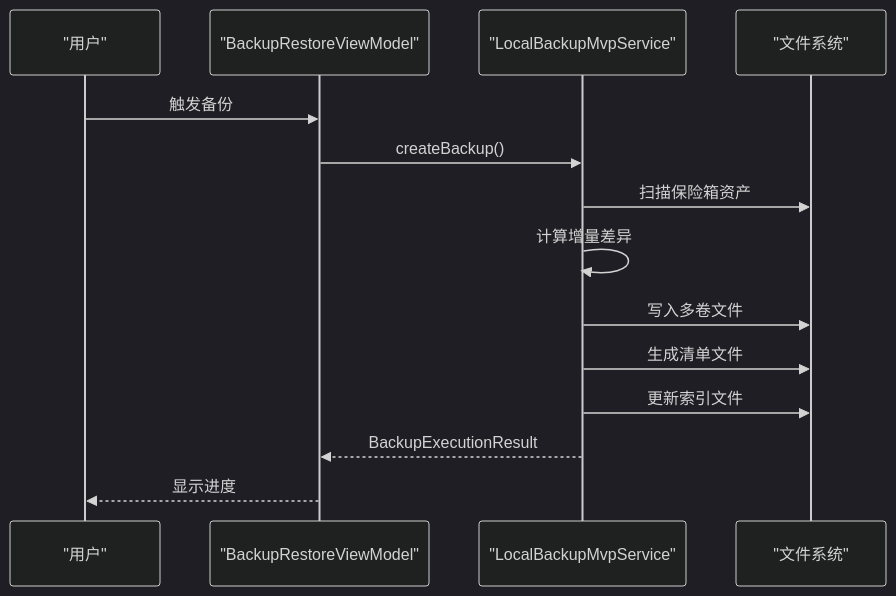
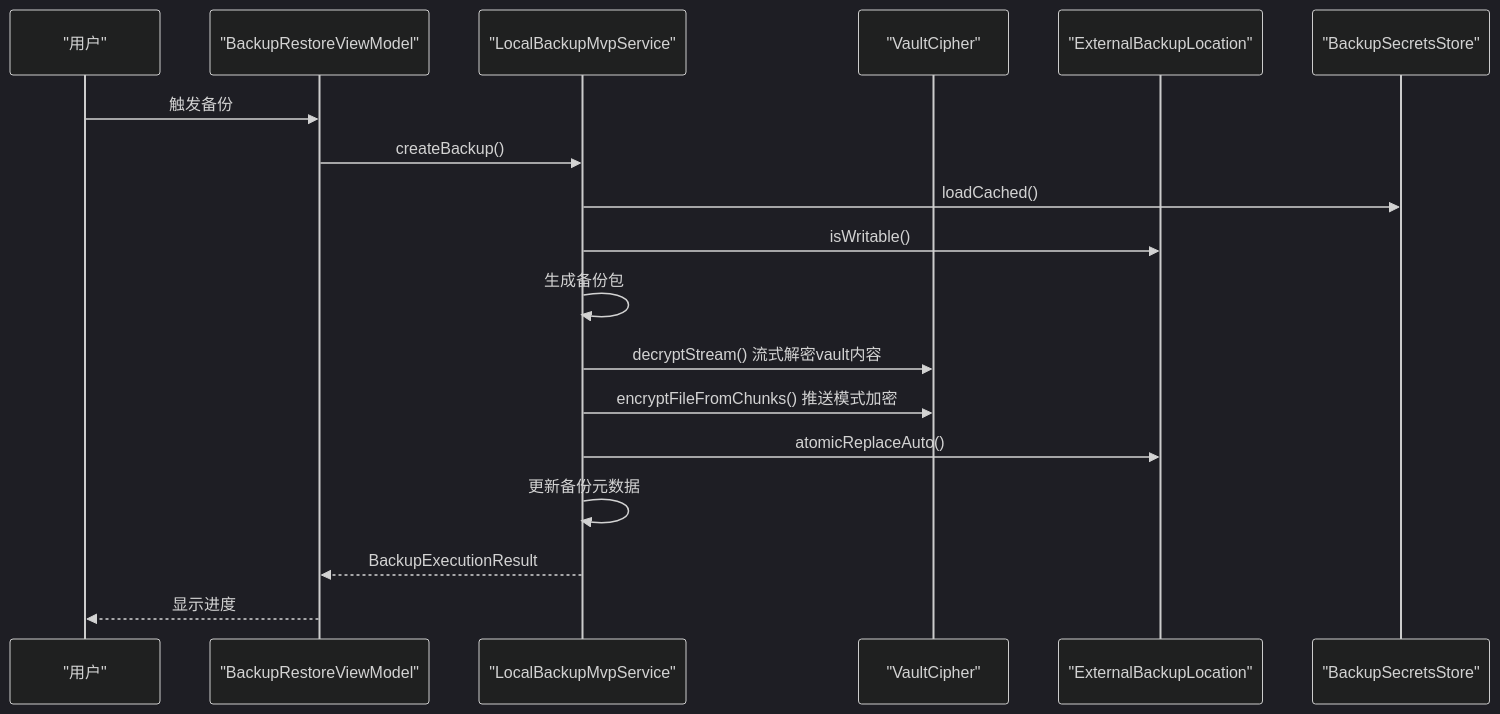
The third of 18 diagrams in .qoder/repowiki/zh/content/核心功能模块/备份恢复系统.md (wanhongbo/ai-photo-vault), drawn with Mermaid (dark theme) before and after one commit. The commit also changed other lines of this file and 22 other files, not shown here.

````diff
--- a/.qoder/repowiki/zh/content/核心功能模块/备份恢复系统.md
+++ b/.qoder/repowiki/zh/content/核心功能模块/备份恢复系统.md
@@ -221,16 +274,20 @@
 ```mermaid
 sequenceDiagram
 participant U as "用户"
 participant VM as "BackupRestoreViewModel"
 participant S as "LocalBackupMvpService"
-participant FS as "文件系统"
+participant VC as "VaultCipher"
+participant EXT as "ExternalBackupLocation"
+participant SECRETS as "BackupSecretsStore"
 U->>VM : 触发备份
 VM->>S : createBackup()
-S->>FS : 扫描保险箱资产
-S->>S : 计算增量差异
-S->>FS : 写入多卷文件
-S->>FS : 生成清单文件
-S->>FS : 更新索引文件
+S->>SECRETS : loadCached()
+S->>EXT : isWritable()
+S->>S : 生成备份包
+S->>VC : decryptStream() 流式解密vault内容
+S->>VC : encryptFileFromChunks() 推送模式加密
+S->>EXT : atomicReplaceAuto()
+S->>S : 更新备份元数据
 S-->>VM : BackupExecutionResult
 VM-->>U : 显示进度
 ```
````
